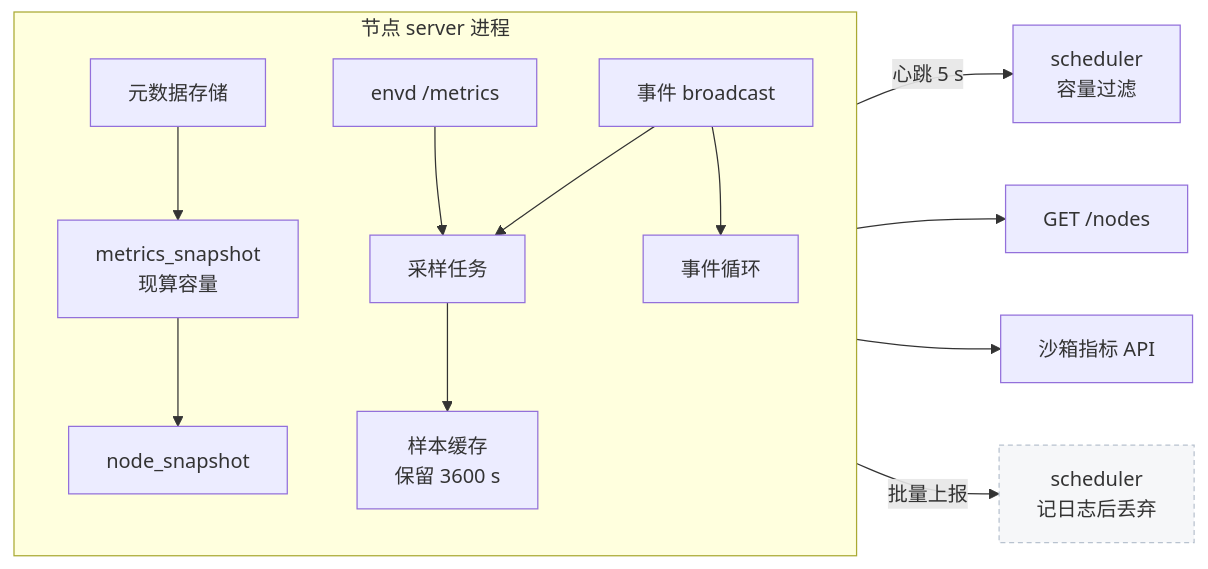
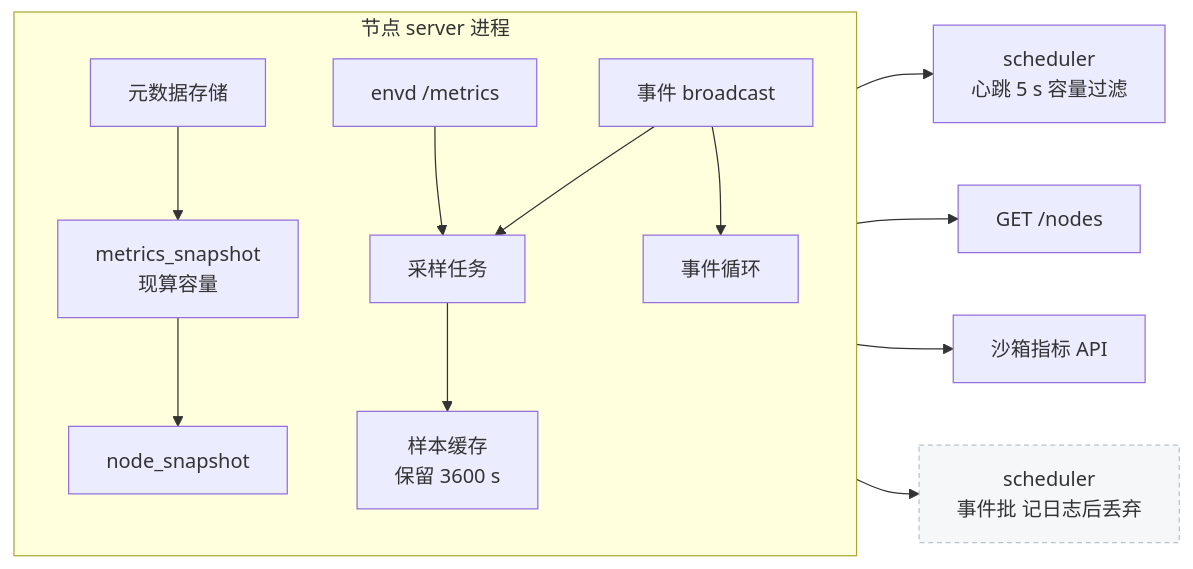
Before and after one commit to AustinJiangg/ai-books: the second of 2 diagrams in agentenv/24-metrics-and-events.md, drawn with Mermaid. The commit also changed 3 other files, not shown here.

````diff
--- a/agentenv/24-metrics-and-events.md
+++ b/agentenv/24-metrics-and-events.md
@@ -222,18 +222,18 @@
 ```mermaid
 flowchart LR
     subgraph N["节点 server 进程"]
         direction TB
         ST["元数据存储"] --> MS["metrics_snapshot<br/>现算容量"]
         MS --> NS["node_snapshot"]
         EV["事件 broadcast"] --> MT["采样任务"]
         ENVD["envd /metrics"] --> MT
         MT --> RB["样本缓存<br/>保留 3600 s"]
         EV --> RP["事件循环"]
     end
-    NS -->|"心跳 5 s"| SC["scheduler<br/>容量过滤"]
+    NS --> SC["scheduler<br/>心跳 5 s 容量过滤"]
     NS --> NA["GET /nodes"]
     RB --> SA["沙箱指标 API"]
-    RP -->|"批量上报"| DROP["scheduler<br/>记日志后丢弃"]
+    RP --> DROP["scheduler<br/>事件批 记日志后丢弃"]
     class DROP ext
     classDef ext fill:#f6f7f9,stroke:#b8c2cf,stroke-dasharray:4 3
 ```
````
